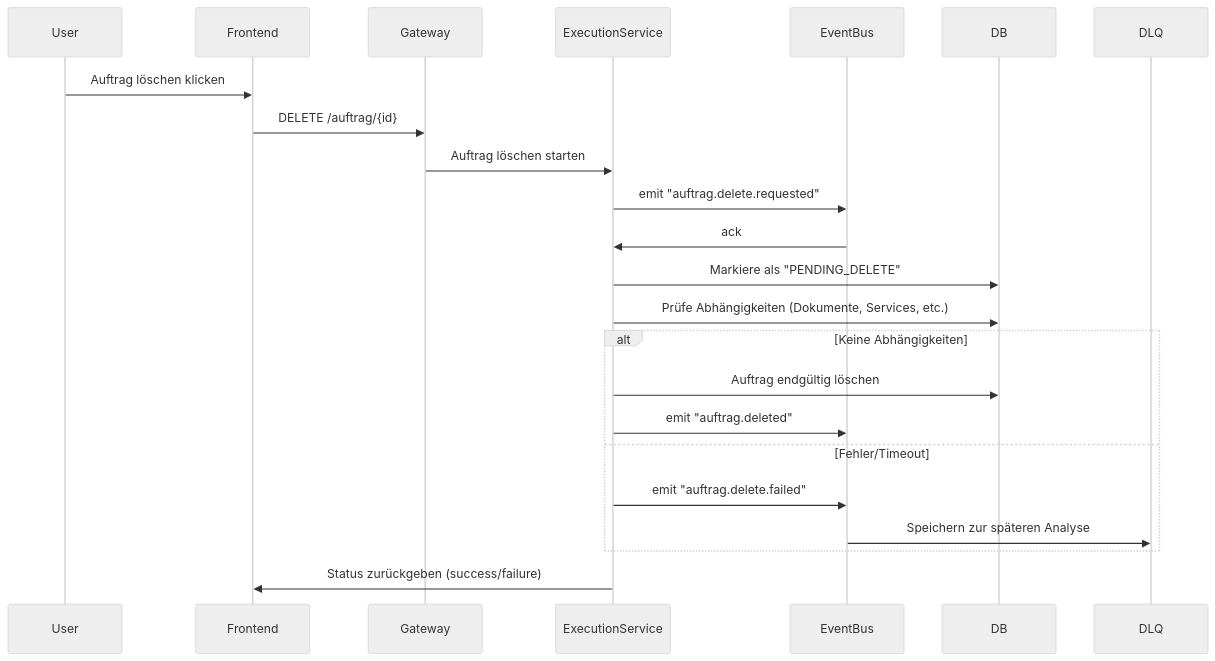
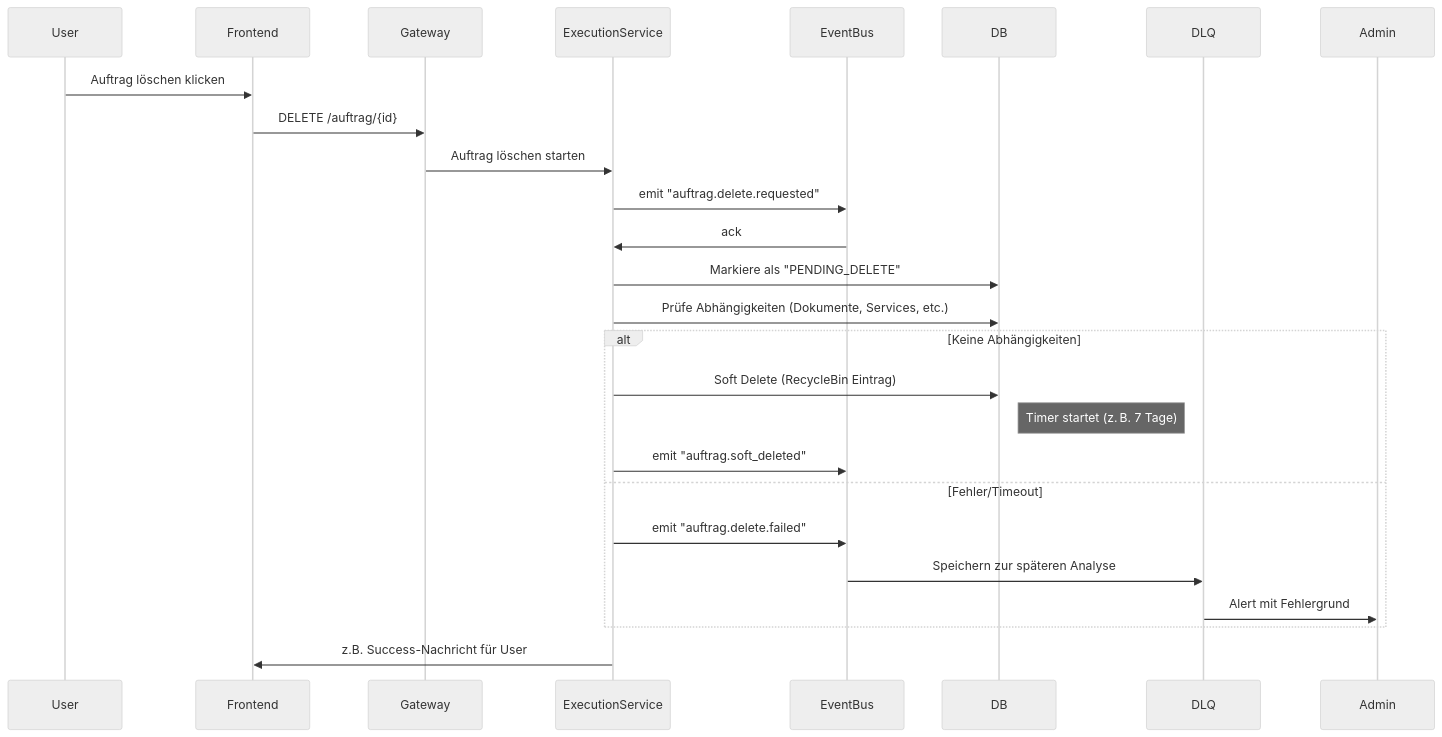
The diagram in mermaid/flows/mermaid/flows/AuftragLoeschung.mmd (RezaGhaemiICU/VersionArchi4.2.0), drawn with Mermaid before and after one commit. The commit also changed 1 other file, not shown here.

Commit message:
DLQ Update

```diff
--- a/mermaid/flows/mermaid/flows/AuftragLoeschung.mmd
+++ b/mermaid/flows/mermaid/flows/AuftragLoeschung.mmd
@@ -1,28 +1,31 @@
 ---
 config:
   theme: neutral
   look: handDrawn
 ---
 sequenceDiagram
   participant User
   participant Frontend
   participant Gateway
   participant ExecutionService
   participant EventBus
   participant DB
   participant DLQ
+  participant Admin
   User->>Frontend: Auftrag löschen klicken
   Frontend->>Gateway: DELETE /auftrag/{id}
   Gateway->>ExecutionService: Auftrag löschen starten
   ExecutionService->>EventBus: emit "auftrag.delete.requested"
   EventBus->>ExecutionService: ack
   ExecutionService->>DB: Markiere als "PENDING_DELETE"
   ExecutionService->>DB: Prüfe Abhängigkeiten (Dokumente, Services, etc.)
   alt Keine Abhängigkeiten
-    ExecutionService->>DB: Auftrag endgültig löschen
-    ExecutionService->>EventBus: emit "auftrag.deleted"
+    ExecutionService->>DB: Soft Delete (RecycleBin Eintrag)
+    Note right of DB: Timer startet (z. B. 7 Tage)
+    ExecutionService->>EventBus: emit "auftrag.soft_deleted"
   else Fehler/Timeout
     ExecutionService->>EventBus: emit "auftrag.delete.failed"
     EventBus->>DLQ: Speichern zur späteren Analyse
+    DLQ->>Admin: Alert mit Fehlergrund
   end
-  ExecutionService->>Frontend: Status zurückgeben (success/failure)
+  ExecutionService->>Frontend: z.B. Success-Nachricht für User
```
